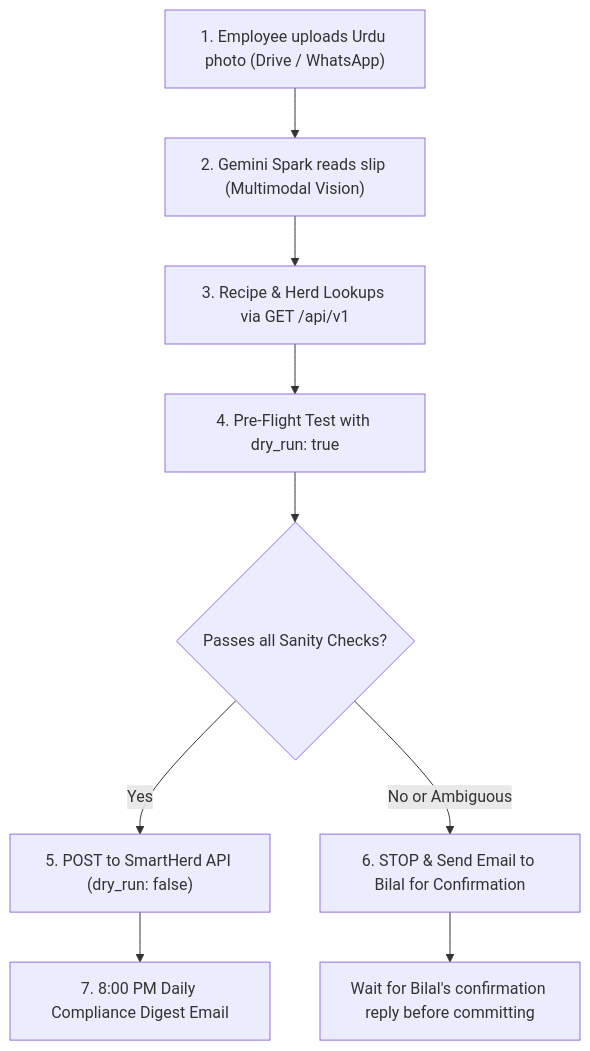
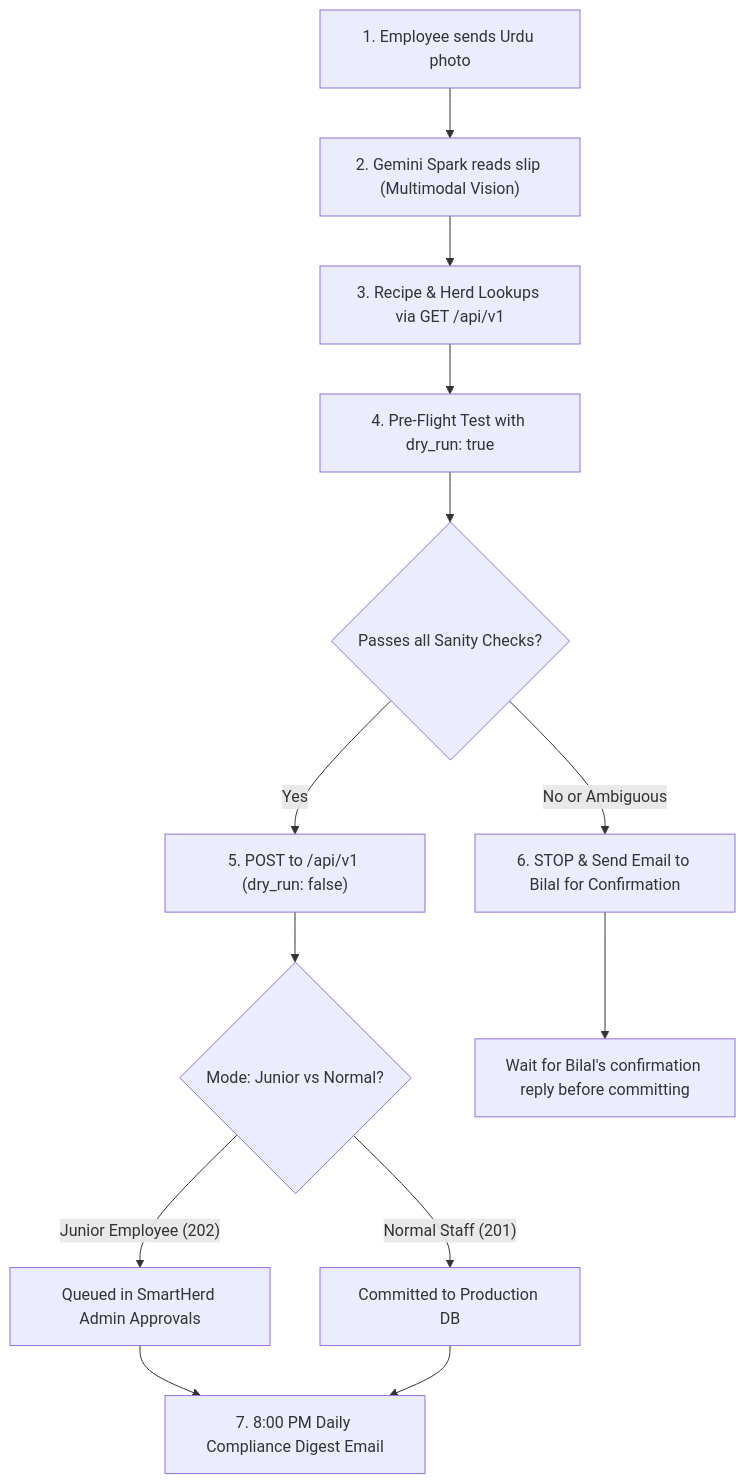
Before and after one commit to bilalashrafshk/bafarms: the diagram in AI_API_SPEC.md, drawn with Mermaid. The commit also changed other lines of this file and 4 other files, not shown here.

Commit message:
feat(ai-governance): add junior employee probation mode with admin toggle switch

````diff
--- a/AI_API_SPEC.md
+++ b/AI_API_SPEC.md
@@ -475,11 +491,15 @@
 ```mermaid
 graph TD
-    Photo["1. Employee uploads Urdu photo (Drive / WhatsApp)"] --> SparkOCR["2. Gemini Spark reads slip (Multimodal Vision)"]
+    Photo["1. Employee sends Urdu photo"] --> SparkOCR["2. Gemini Spark reads slip (Multimodal Vision)"]
     SparkOCR --> RecipeCheck["3. Recipe & Herd Lookups via GET /api/v1"]
     RecipeCheck --> DryRun["4. Pre-Flight Test with dry_run: true"]
     DryRun --> Evaluation{"Passes all Sanity Checks?"}
-    Evaluation -- Yes --> Commit["5. POST to SmartHerd API (dry_run: false)"]
+    Evaluation -- Yes --> Submit["5. POST to /api/v1 (dry_run: false)"]
     Evaluation -- No or Ambiguous --> Escalate["6. STOP & Send Email to Bilal for Confirmation"]
-    Commit --> EveningReport["7. 8:00 PM Daily Compliance Digest Email"]
+    Submit --> CheckMode{"Mode: Junior vs Normal?"}
+    CheckMode -- Junior Employee (202) --> Queued["Queued in SmartHerd Admin Approvals"]
+    CheckMode -- Normal Staff (201) --> Committed["Committed to Production DB"]
+    Queued --> EveningReport["7. 8:00 PM Daily Compliance Digest Email"]
+    Committed --> EveningReport
     Escalate --> AwaitReply["Wait for Bilal's confirmation reply before committing"]
 ```
````
